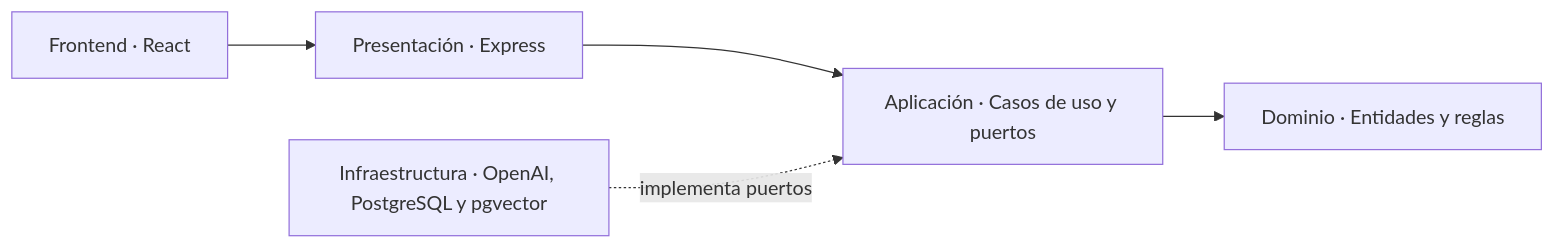
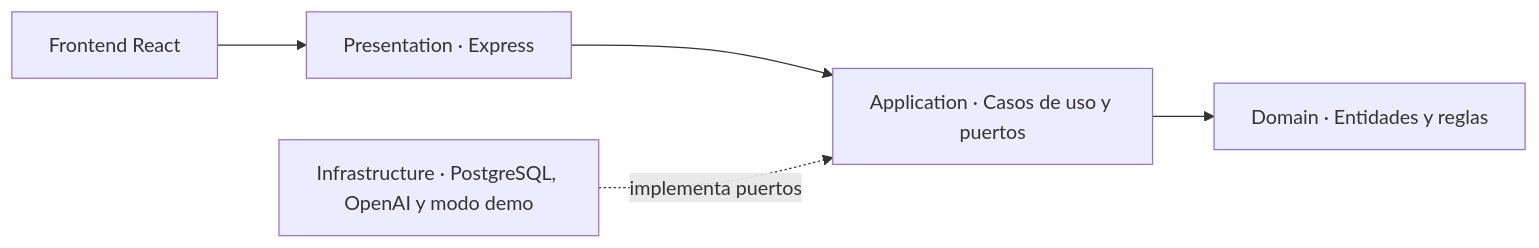
One commit to sersam/virtual-admin changed the diagram in README.md. Above: the diagram before and after it, drawn with Mermaid. The commit also changed other lines of this file, not shown here.

````diff
--- a/README.md
+++ b/README.md
@@ -229,7 +172,7 @@
 ```mermaid
 flowchart LR
-    UI["Frontend · React"] --> HTTP["Presentación · Express"]
-    HTTP --> APP["Aplicación · Casos de uso y puertos"]
-    APP --> DOMAIN["Dominio · Entidades y reglas"]
-    INFRA["Infraestructura · OpenAI, PostgreSQL y pgvector"] -. "implementa puertos" .-> APP
+    UI["Frontend React"] --> P["Presentation · Express"]
+    P --> A["Application · Casos de uso y puertos"]
+    A --> D["Domain · Entidades y reglas"]
+    I["Infrastructure · PostgreSQL, OpenAI y modo demo"] -. "implementa puertos" .-> A
 ```
````
